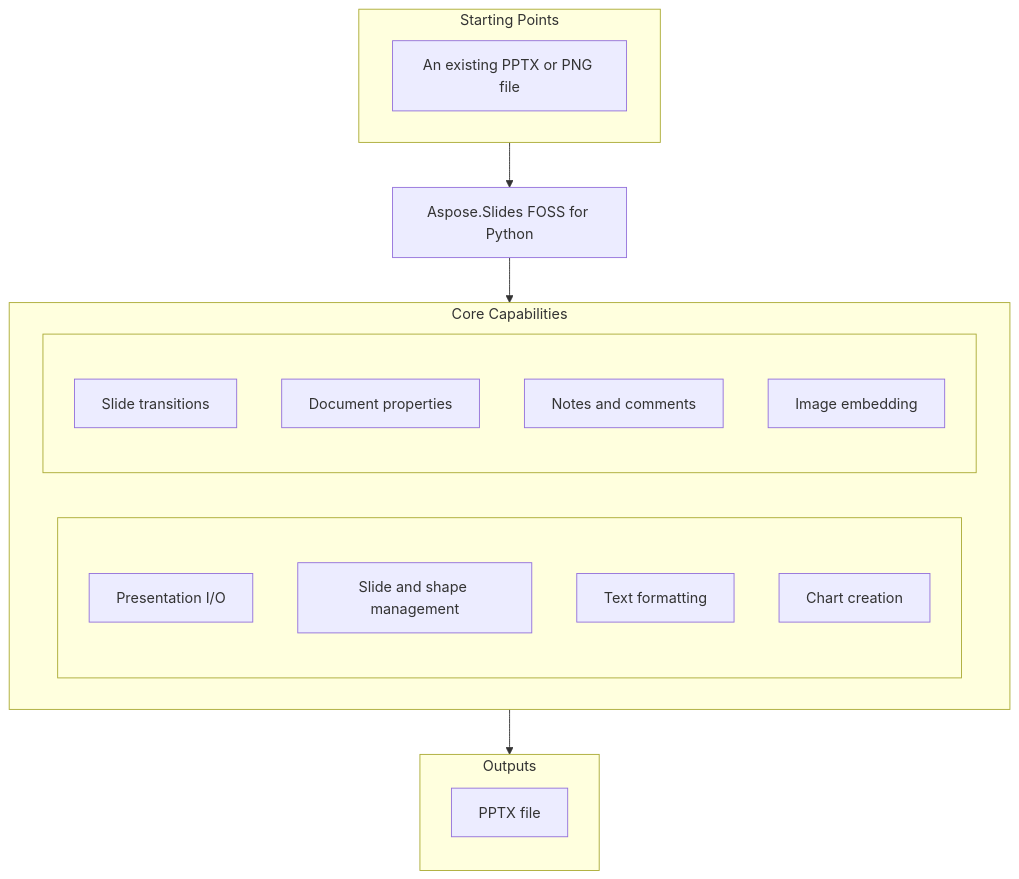
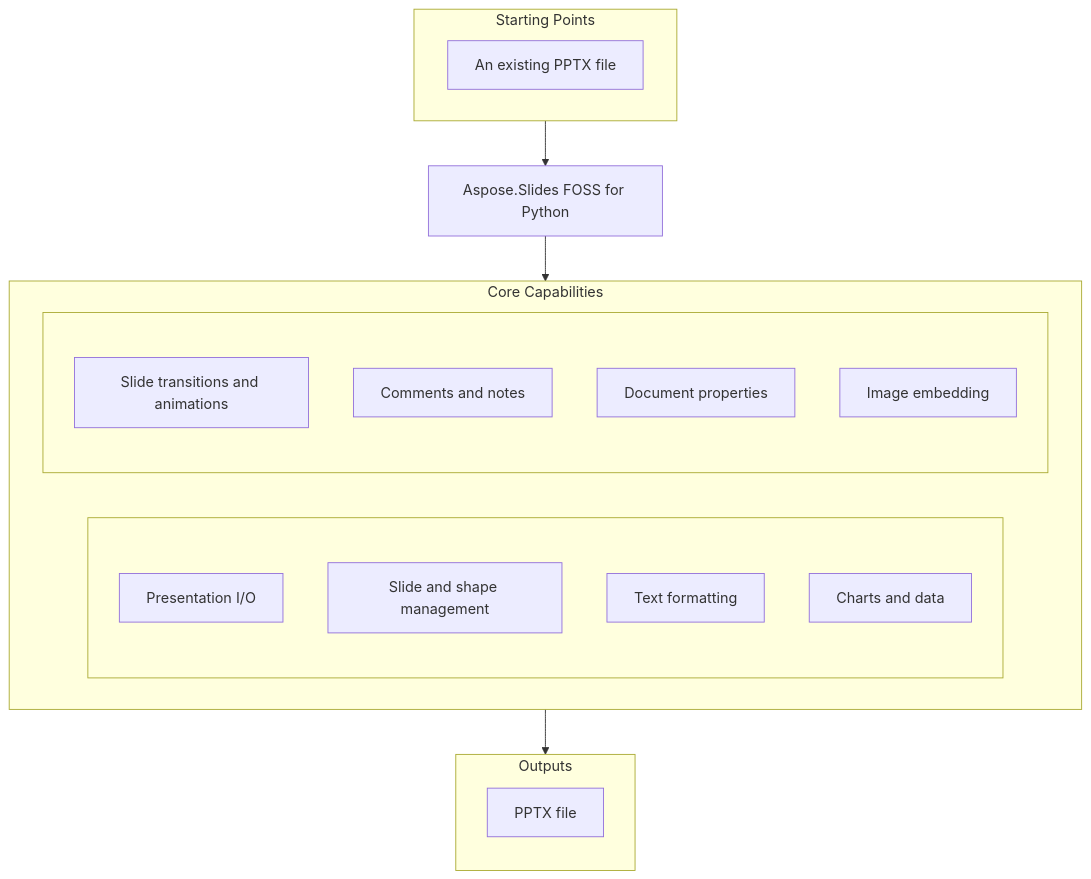
One commit to babar-raza/repository-presenter changed the diagram in candidates/aspose-slides-foss__Aspose.Slides-FOSS-for-Python/becd199a776682785768c60c778558d975b0c2f9/README.md. Above: the diagram before and after it, drawn with Mermaid. The commit also changed other lines of this file and 12 other files, not shown here.

````diff
--- a/candidates/aspose-slides-foss__Aspose.Slides-FOSS-for-Python/becd199a776682785768c60c778558d975b0c2f9/README.md
+++ b/candidates/aspose-slides-foss__Aspose.Slides-FOSS-for-Python/becd199a776682785768c60c778558d975b0c2f9/README.md
@@ -25,30 +25,30 @@
 ```mermaid
 flowchart TD
   subgraph StartingPoints["Starting Points"]
     direction LR
-    i1["An existing PPTX or PNG file"]
+    i1["An existing PPTX file"]
   end
   PRODUCT["Aspose.Slides FOSS for Python"]
   subgraph Capabilities["Core Capabilities"]
     direction LR
     subgraph capl[" "]
       direction TB
       c1["Presentation I/O"]
       c2["Slide and shape management"]
       c3["Text formatting"]
-      c4["Chart creation"]
+      c4["Charts and data"]
     end
     subgraph capr[" "]
       direction TB
-      c5["Slide transitions"]
-      c6["Document properties"]
-      c7["Notes and comments"]
+      c5["Slide transitions and animations"]
+      c6["Comments and notes"]
+      c7["Document properties"]
       c8["Image embedding"]
     end
   end
   subgraph Outputs["Outputs"]
     direction TB
     o1["PPTX file"]
   end
   StartingPoints --> PRODUCT --> Capabilities --> Outputs
 ```
````
